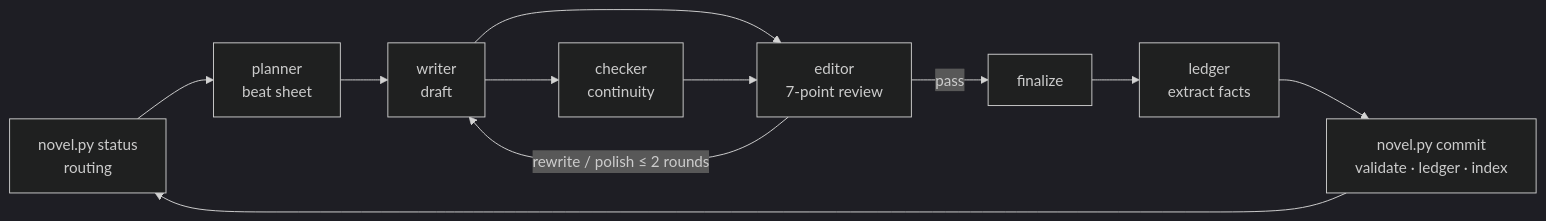
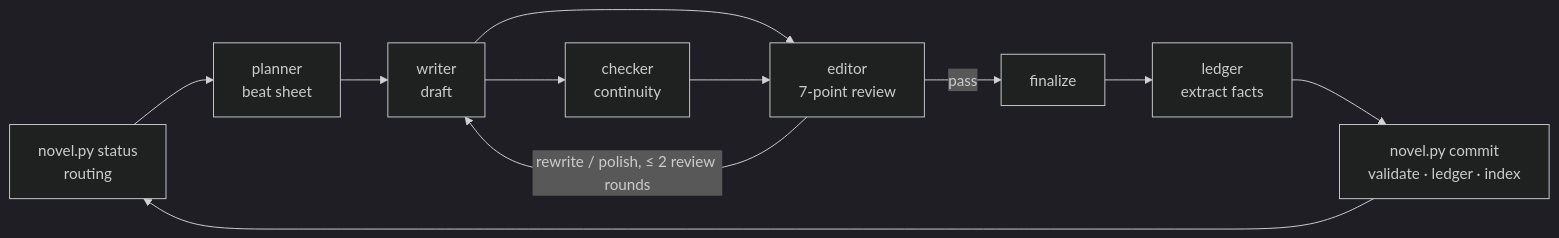
The diagram in README.en.md (hoobnn/novel-harness), drawn with Mermaid (dark theme) before and after one commit. The commit also changed other lines of this file and 2 other files, not shown here.

````diff
--- a/README.en.md
+++ b/README.en.md
@@ -58,13 +58,13 @@
 ```mermaid
 flowchart LR
     S[novel.py status<br/>routing] --> P[planner<br/>beat sheet]
     P --> W[writer<br/>draft]
     W --> C[checker<br/>continuity]
     W --> E[editor<br/>7-point review]
     C --> E
-    E -->|rewrite / polish ≤ 2 rounds| W
+    E -->|rewrite / polish, ≤ 2 review rounds| W
     E -->|pass| F[finalize]
     F --> L[ledger<br/>extract facts]
     L --> K[novel.py commit<br/>validate · ledger · index]
     K --> S
 ```
````
